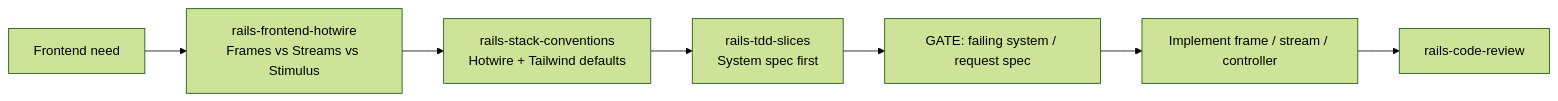
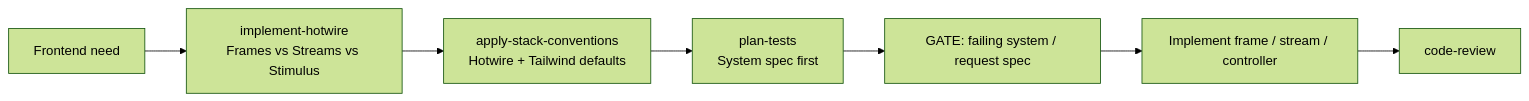
One commit to igmarin/my-RoR-personal-skills changed the tenth of 17 diagrams in docs/workflow-guide.md. Above: the diagram before and after it, drawn with Mermaid (forest theme). The commit also changed other lines of this file and 295 other files, not shown here.

First line of the commit message:
Refactor names flows (#57)

````diff
--- a/docs/workflow-guide.md
+++ b/docs/workflow-guide.md
@@ -448,9 +448,9 @@
 ```mermaid
 flowchart LR
-    A[Frontend need] --> B[rails-frontend-hotwire\nFrames vs Streams vs Stimulus]
-    B --> C[rails-stack-conventions\nHotwire + Tailwind defaults]
-    C --> D[rails-tdd-slices\nSystem spec first]
+    A[Frontend need] --> B[implement-hotwire\nFrames vs Streams vs Stimulus]
+    B --> C[apply-stack-conventions\nHotwire + Tailwind defaults]
+    C --> D[plan-tests\nSystem spec first]
     D --> E["GATE: failing system / request spec"]
     E --> F[Implement frame / stream / controller]
-    F --> G[rails-code-review]
+    F --> G[code-review]
 ```
````
